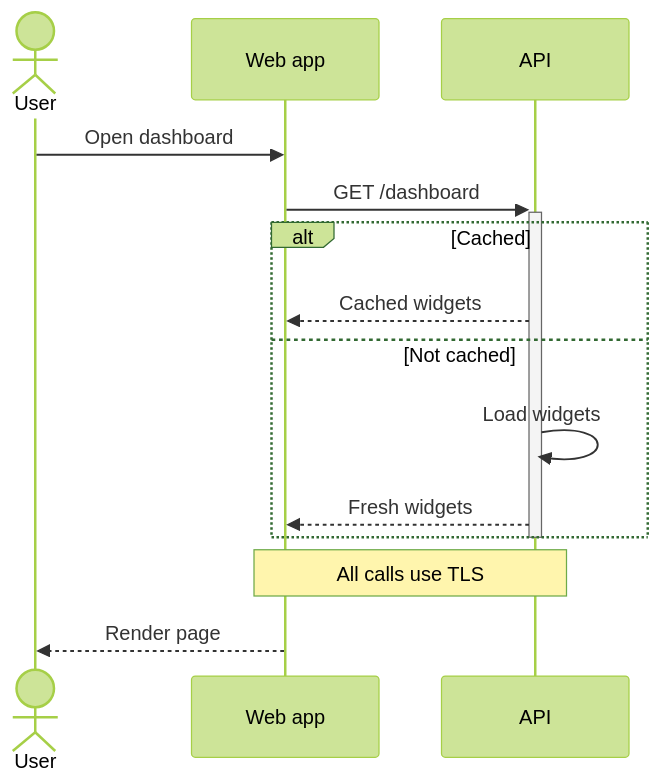
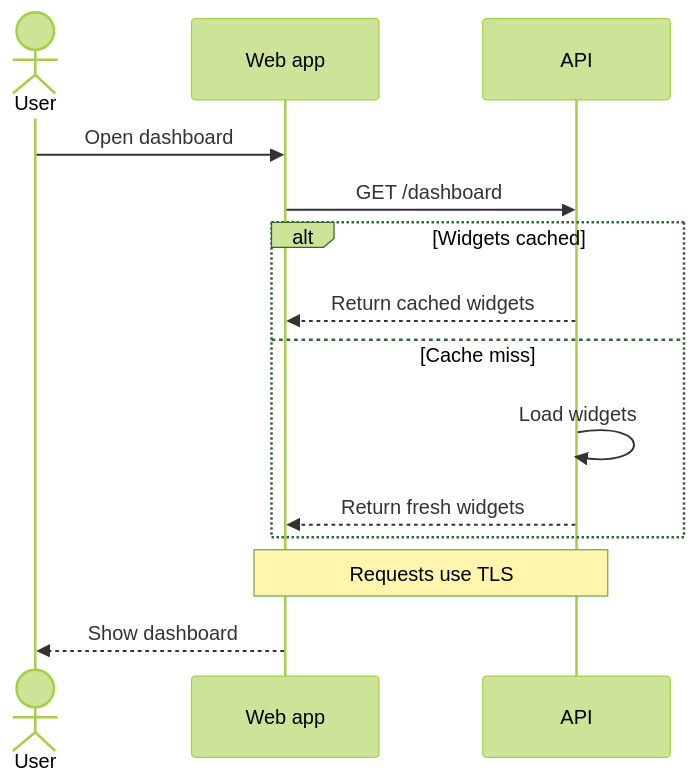
The third of 7 diagrams in Docs/Features/Diagrams.md (capjan/markdown-util), drawn with Mermaid (forest theme) before and after one commit. The commit also changed other lines of this file and 3 other files, not shown here.

Commit message:
docs: restructure the diagrams page

````diff
--- a/Docs/Features/Diagrams.md
+++ b/Docs/Features/Diagrams.md
@@ -126,17 +104,17 @@
 ```mermaid
 sequenceDiagram
+    accTitle: Dashboard request
     actor User
     participant Web as Web app
     participant API
     User->>Web: Open dashboard
-    Web->>+API: GET /dashboard
-    alt Cached
-        API-->>Web: Cached widgets
-    else Not cached
+    Web->>API: GET /dashboard
+    alt Widgets cached
+        API-->>Web: Return cached widgets
+    else Cache miss
         API->>API: Load widgets
-        API-->>Web: Fresh widgets
+        API-->>Web: Return fresh widgets
     end
-    deactivate API
-    Note over Web,API: All calls use TLS
-    Web-->>User: Render page
+    Note over Web,API: Requests use TLS
+    Web-->>User: Show dashboard
 ```
````
